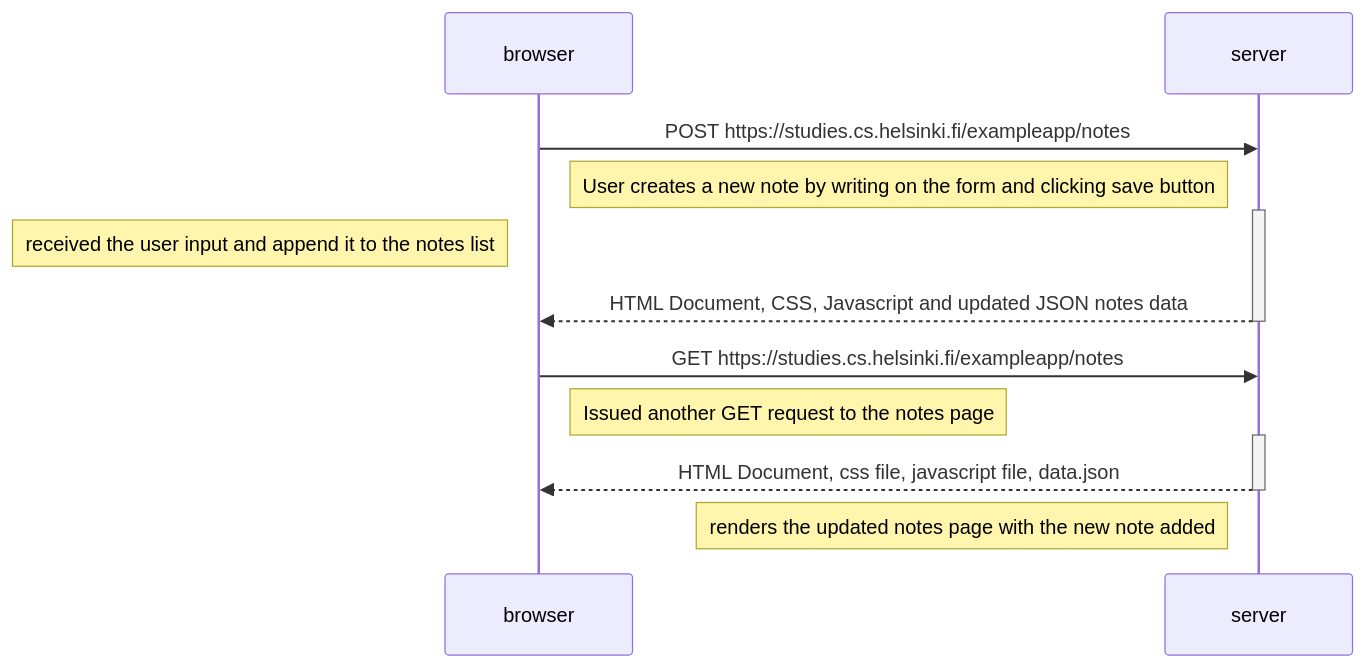
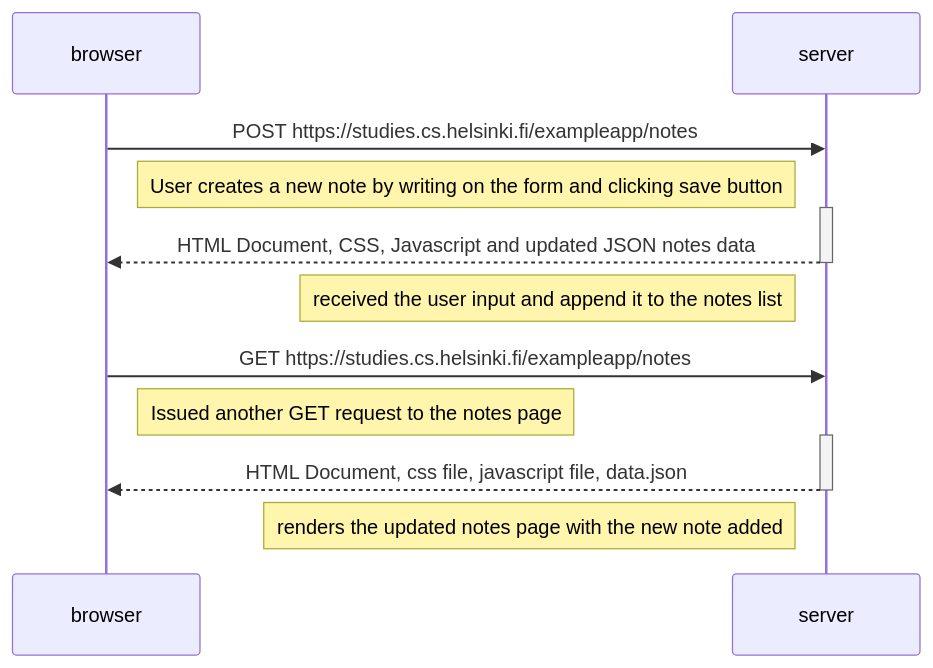
Before and after one commit to rieljasperapos/fullstackopen: the diagram in part0/exercise04.md, drawn with Mermaid.

Commit message:
exercise 04

````diff
--- a/part0/exercise04.md
+++ b/part0/exercise04.md
@@ -1,22 +1,21 @@
 ```mermaid
 sequenceDiagram
     participant browser
     participant server
 
 
     browser->>server: POST https://studies.cs.helsinki.fi/exampleapp/notes
     Note right of browser: User creates a new note by writing on the form and clicking save button
     activate server
-
-    Note left of browser: received the user input and append it to the notes list
     server-->>browser: HTML Document, CSS, Javascript and updated JSON notes data
     deactivate server
+    Note left of server: received the user input and append it to the notes list
  
     browser->>server: GET https://studies.cs.helsinki.fi/exampleapp/notes
     Note right of browser: Issued another GET request to the notes page 
     activate server
     server-->>browser: HTML Document, css file, javascript file, data.json
     deactivate server
 
     Note left of server: renders the updated notes page with the new note added
 ```
````
